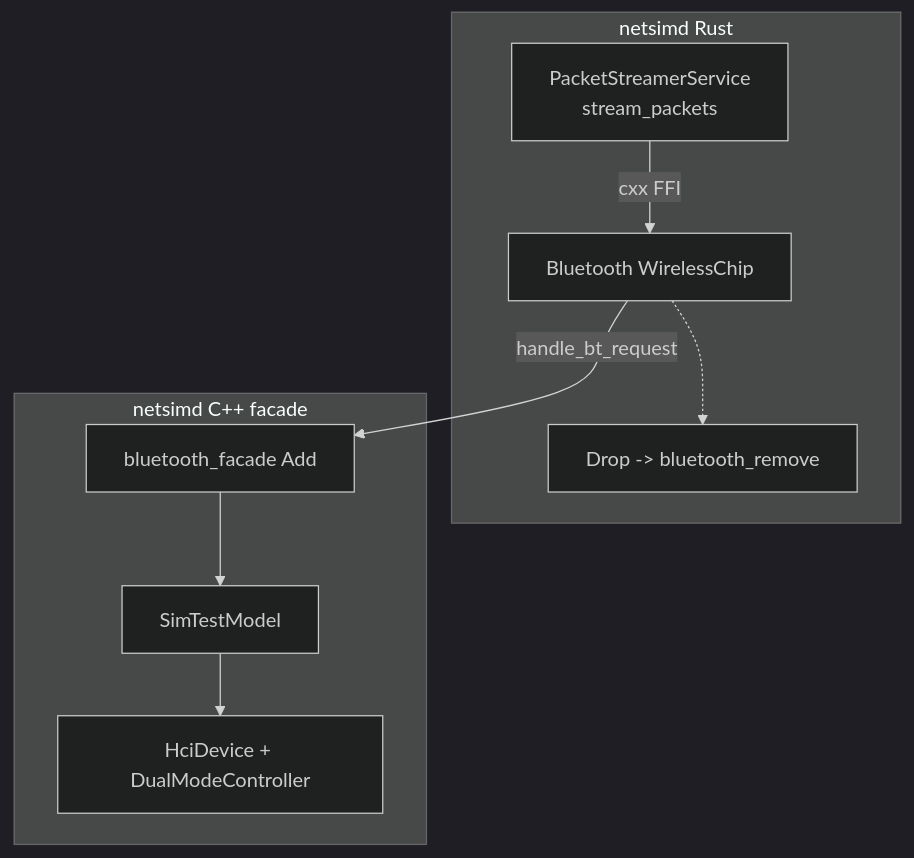
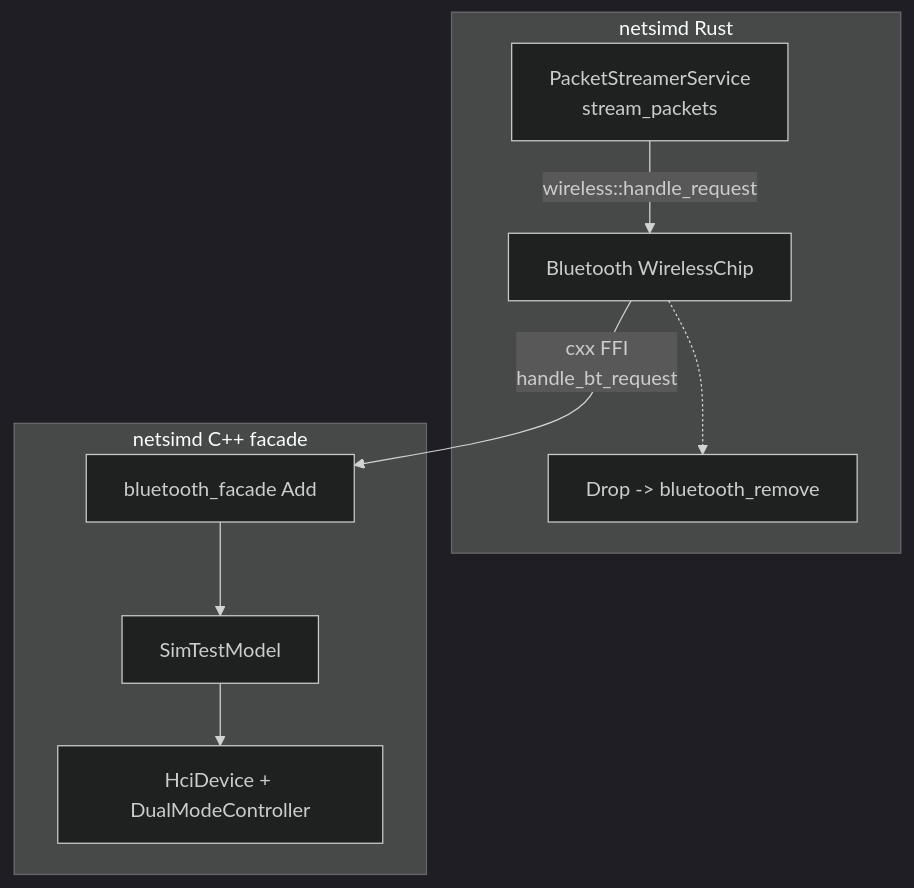
The fourth of 6 diagrams in 19-bluetooth.md (aospbooks/android-emulator-internal-book), drawn with Mermaid (dark theme) before and after one commit. The commit also changed other lines of this file and 21 other files, not shown here.

First line of the commit message:
Review pass: verify accuracy, fix mermaid parse error, converge chapters

````diff
--- a/19-bluetooth.md
+++ b/19-bluetooth.md
@@ -370,18 +370,18 @@
 ```mermaid
 flowchart TB
     subgraph RUST["netsimd Rust"]
         GS["PacketStreamerService<br/>stream_packets"]
         WIR["Bluetooth WirelessChip"]
         DROP["Drop -> bluetooth_remove"]
     end
     subgraph CPP["netsimd C++ facade"]
         FAC["bluetooth_facade Add"]
         STM["SimTestModel"]
         HD["HciDevice + DualModeController"]
     end
-    GS -->|"cxx FFI"| WIR
-    WIR -->|"handle_bt_request"| FAC
+    GS -->|"wireless::handle_request"| WIR
+    WIR -->|"cxx FFI<br/>handle_bt_request"| FAC
     FAC --> STM
     STM --> HD
     WIR -.-> DROP
 ```
````
